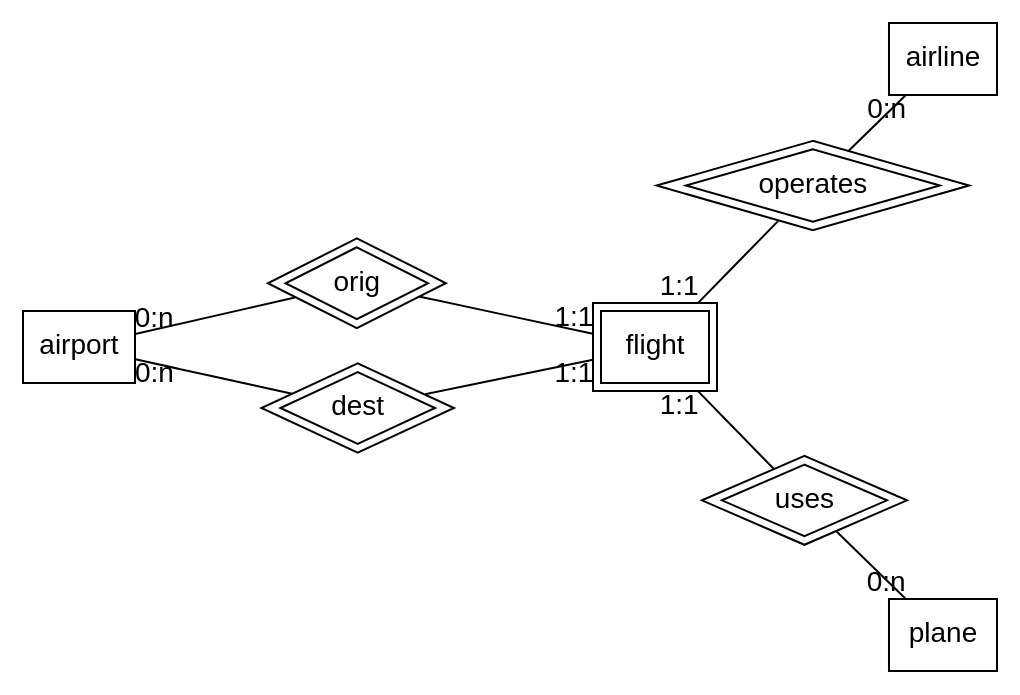
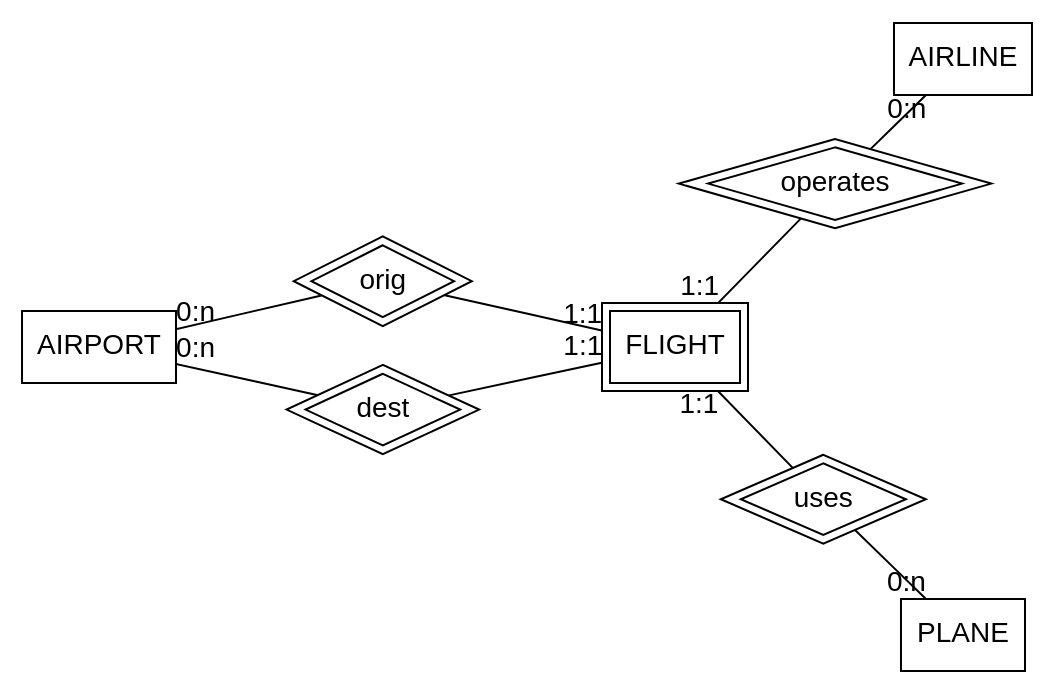
The second of 2 diagrams in slides/Modelisation_2.qmd (bgentou/MA15E045), drawn with Graphviz before and after one commit. The commit also changed other lines of this file and 250 other files, not shown here.

````diff
--- a/slides/Modelisation_2.qmd
+++ b/slides/Modelisation_2.qmd
@@ -521,23 +368,23 @@
 ```{dot}
 //| label: "nyc-quaternaire"
 //| eval: true
 //| echo: false
 graph ER {
 	fontname="Helvetica,Arial,sans-serif"
 	node [fontname="Helvetica,Arial,sans-serif"]
 	edge [fontname="Helvetica,Arial,sans-serif"]
 	layout=fdp
-	node [shape=box]; airport [pos="1,5!"]; plane [pos="7,3!"]; airline [pos="7,7!"];
-	node [shape=box, peripheries="2"]; flight [pos="5,5!"];
+	node [shape=box]; AIRPORT [pos="1,5!"]; PLANE [pos="7,3!"]; AIRLINE [pos="7,7!"];
+	node [shape=box, peripheries="2"]; FLIGHT [pos="5,5!"];
 	node [shape=diamond, peripheries="2"] ; orig ; dest ; operates ; uses
-	airport -- orig [taillabel="0:n"] ;
-	airport -- dest [taillabel="0:n"] ;
-	orig -- flight [headlabel="1:1"] ;
-	dest -- flight [headlabel="1:1"]  ;
-	flight -- operates [taillabel="1:1"] ;
-	flight -- uses [taillabel="1:1"] ;
-	operates -- airline  [headlabel="0:n"] ;
-	uses -- plane [headlabel="0:n"] ;
+	AIRPORT -- orig [taillabel="0:n"] ;
+	AIRPORT -- dest [taillabel="0:n"] ;
+	orig -- FLIGHT [headlabel="1:1"] ;
+	dest -- FLIGHT [headlabel="1:1"]  ;
+	FLIGHT -- operates [taillabel="1:1"] ;
+	FLIGHT -- uses [taillabel="1:1"] ;
+	operates -- AIRLINE  [headlabel="0:n"] ;
+	uses -- PLANE [headlabel="0:n"] ;
 }
 
 ```
````
